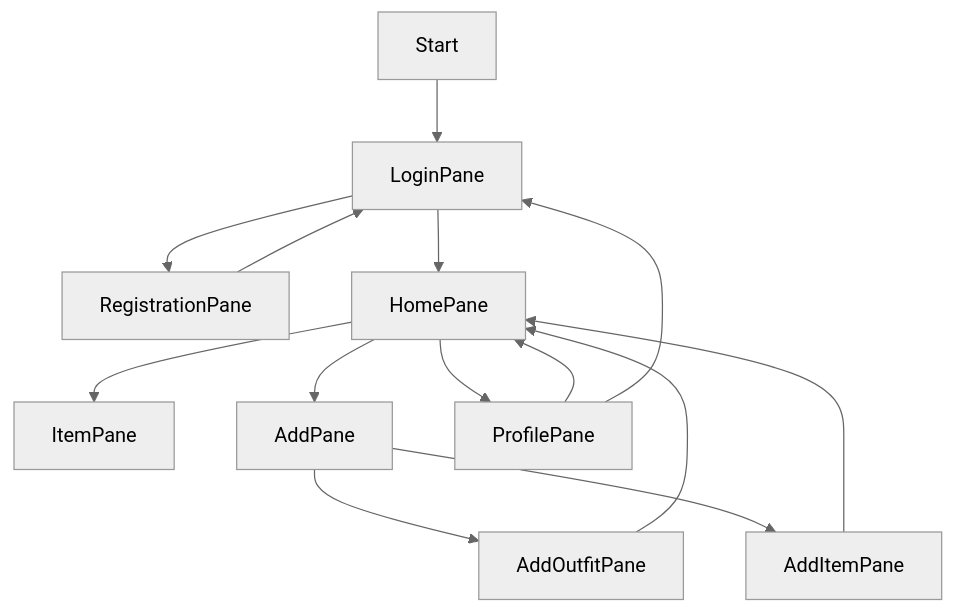
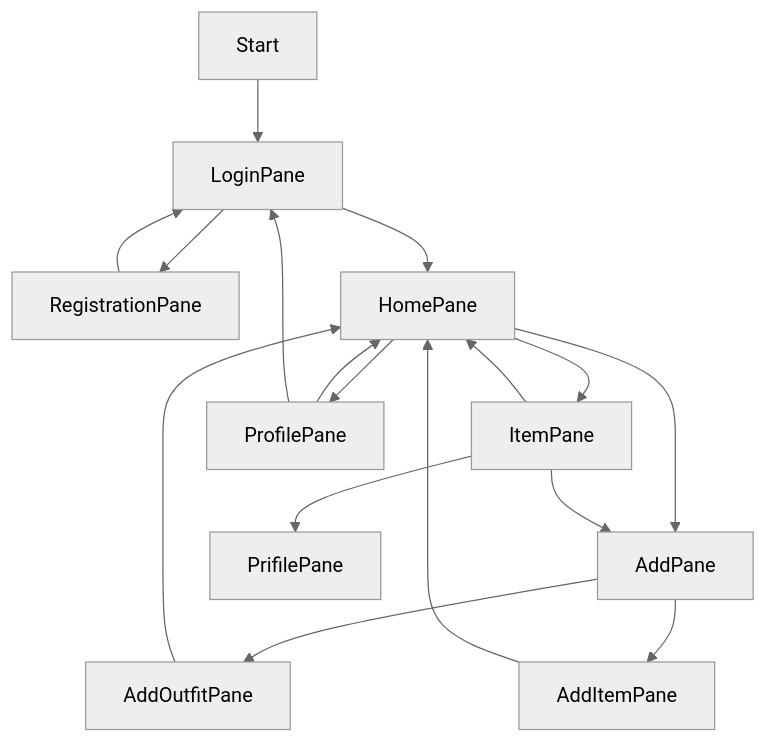
Before and after one commit to Programming-Project-2021-22/course-project-irenejosephine: the first of 4 diagrams in README.md, drawn with Mermaid (neutral theme).

````diff
--- a/README.md
+++ b/README.md
@@ -44,16 +44,20 @@
 ```mermaid
 graph TD;
   Start-->LoginPane;
   LoginPane-->RegistrationPane;
   RegistrationPane-->LoginPane;
   LoginPane-->HomePane;
   HomePane-->ItemPane;
   HomePane-->AddPane;
   AddPane-->AddOutfitPane;
   AddOutfitPane-->HomePane;
   AddPane-->AddItemPane;
   AddItemPane-->HomePane;
   HomePane-->ProfilePane;
   ProfilePane-->HomePane;
   ProfilePane-->LoginPane;
+  ItemPane-->AddPane;
+  ItemPane-->HomePane;
+  ItemPane-->PrifilePane;
+  
 ```
````
